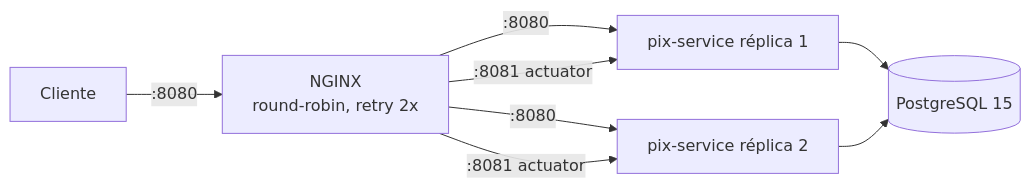
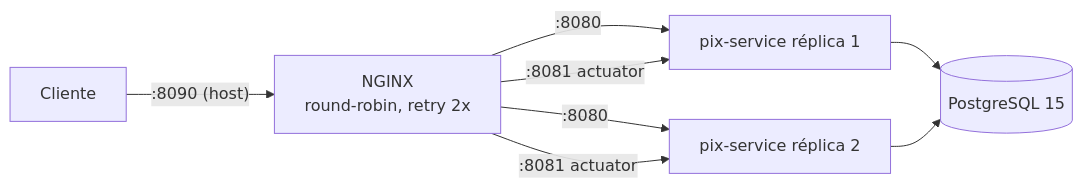
Before and after one commit to eltonmesquita87/pix_service_prova_tecnica: the seventh of 7 diagrams in docs/reverse-engineering/01-arquitetura-atual.md, drawn with Mermaid. The commit also changed other lines of this file and 92 other files, not shown here.

````diff
--- a/docs/reverse-engineering/01-arquitetura-atual.md
+++ b/docs/reverse-engineering/01-arquitetura-atual.md
@@ -569,8 +569,8 @@
 ```mermaid
 flowchart LR
-    U[Cliente] -->|":8080"| NG["NGINX<br/>round-robin, retry 2x"]
+    U[Cliente] -->|":8090 (host)"| NG["NGINX<br/>round-robin, retry 2x"]
     NG -->|":8080"| R1["pix-service réplica 1"]
     NG -->|":8080"| R2["pix-service réplica 2"]
     NG -->|":8081 actuator"| R1 & R2
     R1 & R2 --> PG[("PostgreSQL 15")]
 ```
````
